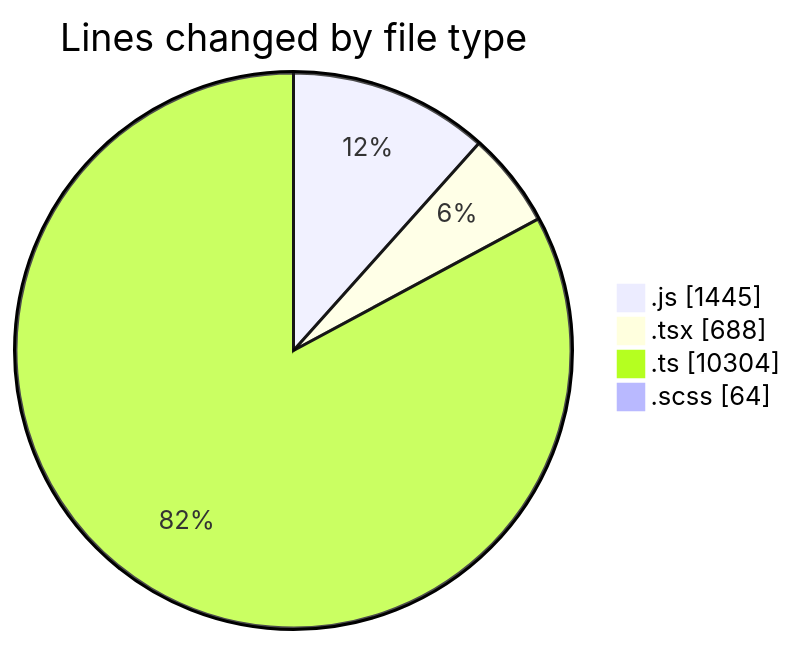
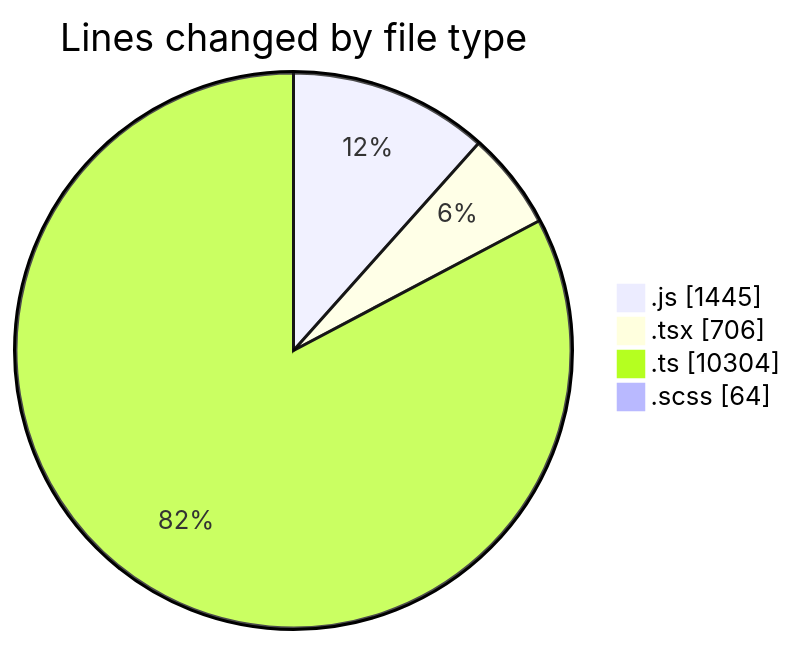
The first of 2 diagrams in 2025-03-13/cda/README.md (momahboobian/code-tracking), drawn with Mermaid before and after one commit. The commit also changed other lines of this file and 1 other file, not shown here.

````diff
--- a/2025-03-13/cda/README.md
+++ b/2025-03-13/cda/README.md
@@ -33,8 +33,8 @@
 ```mermaid
 pie showData
 title Lines changed by file type
 ".js" : 1445
-".tsx" : 688
+".tsx" : 706
 ".ts" : 10304
 ".scss" : 64
 ```
````
